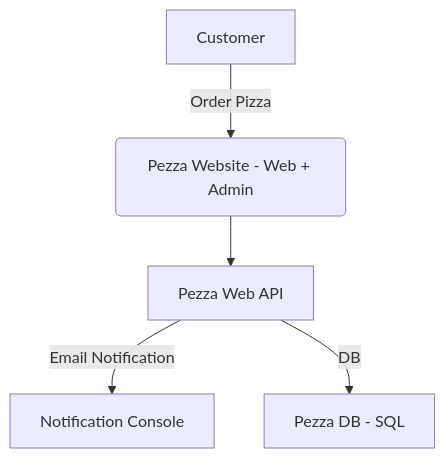
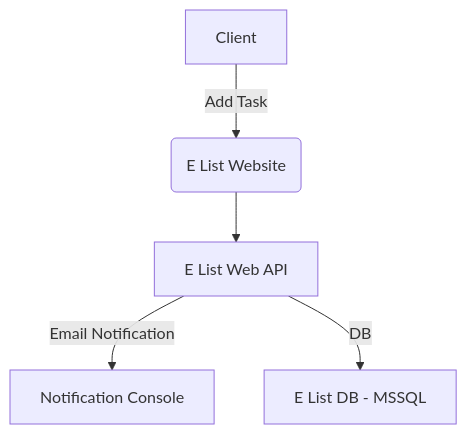
Before and after one commit to entelect-incubator/.NET: the diagram in README.md, drawn with Mermaid. The commit also changed other lines of this file and 2516 other files, not shown here.

````diff
--- a/README.md
+++ b/README.md
@@ -84,7 +88,7 @@
 ```mermaid
 flowchart TD;
-    A[Customer] -->|Order Pizza| B(Pezza Website - Web + Admin);
-    B --> C[Pezza Web API];
+    A[Client] -->|Add Task| B(E List Website);
+    B --> C[E List Web API];
     C -->|Email Notification| D[Notification Console];
-    C -->|DB| E[Pezza DB - SQL];
+    C -->|DB| E[E List DB - MSSQL];
 ```
````
